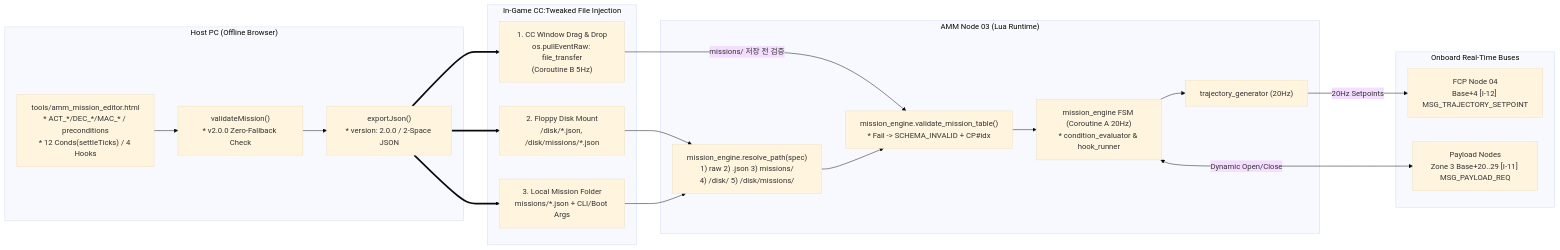
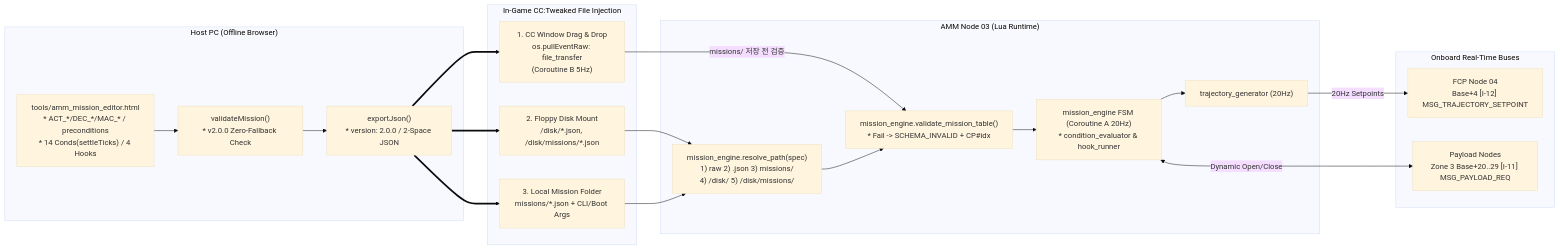
Before and after one commit to Polimachi/Aeroneutics_Autopilot: the diagram in docs/specs/3_planning/amm/AMM_MISSION_EDITOR_SPECIFICATION.md, drawn with Mermaid (base theme). The commit also changed other lines of this file and 143 other files, not shown here.

First line of the commit message:
feat(amm,specs): complete TASK-013 full audit alignment and TASK-402 WebUI mission editor

````diff
--- a/docs/specs/3_planning/amm/AMM_MISSION_EDITOR_SPECIFICATION.md
+++ b/docs/specs/3_planning/amm/AMM_MISSION_EDITOR_SPECIFICATION.md
@@ -59,37 +62,37 @@
 ```mermaid
 flowchart LR
     subgraph HOST["Host PC (Offline Browser)"]
-        ED["tools/amm_mission_editor.html<br/>* ACT_*/DEC_*/MAC_* / preconditions<br/>* 12 Conds(settleTicks) / 4 Hooks"]
+        ED["tools/amm_mission_editor.html<br/>* ACT_*/DEC_*/MAC_* / preconditions<br/>* 14 Conds(settleTicks) / 4 Hooks"]
         VAL_WEB["validateMission()<br/>* v2.0.0 Zero-Fallback Check"]
         EXP["exportJson()<br/>* version: 2.0.0 / 2-Space JSON"]
         ED --> VAL_WEB --> EXP
     end
 
     subgraph INJECT["In-Game CC:Tweaked File Injection"]
         DROP["1. CC Window Drag & Drop<br/>os.pullEventRaw: file_transfer<br/>(Coroutine B 5Hz)"]
         DISK["2. Floppy Disk Mount<br/>/disk/*.json, /disk/missions/*.json"]
         LOCAL["3. Local Mission Folder<br/>missions/*.json + CLI/Boot Args"]
     end
 
     subgraph AMM["AMM Node 03 (Lua Runtime)"]
         RES["mission_engine.resolve_path(spec)<br/>1) raw 2) .json 3) missions/<br/>4) /disk/ 5) /disk/missions/"]
         VAL_LUA["mission_engine.validate_mission_table()<br/>* Fail -> SCHEMA_INVALID + CP#idx"]
         FSM["mission_engine FSM (Coroutine A 20Hz)<br/>* condition_evaluator & hook_runner"]
         TRAJ["trajectory_generator (20Hz)"]
         DROP -->|"missions/ 저장 전 검증"| VAL_LUA
         DISK --> RES
         LOCAL --> RES
         RES --> VAL_LUA --> FSM --> TRAJ
     end
 
     subgraph BUS["Onboard Real-Time Buses"]
         FCP["FCP Node 04<br/>Base+4 [I-12] MSG_TRAJECTORY_SETPOINT"]
         Z3["Payload Nodes<br/>Zone 3 Base+20..29 [I-11] MSG_PAYLOAD_REQ"]
     end
 
     EXP ==> DROP
     EXP ==> DISK
     EXP ==> LOCAL
     TRAJ -->|"20Hz Setpoints"| FCP
     FSM <-->|"Dynamic Open/Close"| Z3
 ```
````
